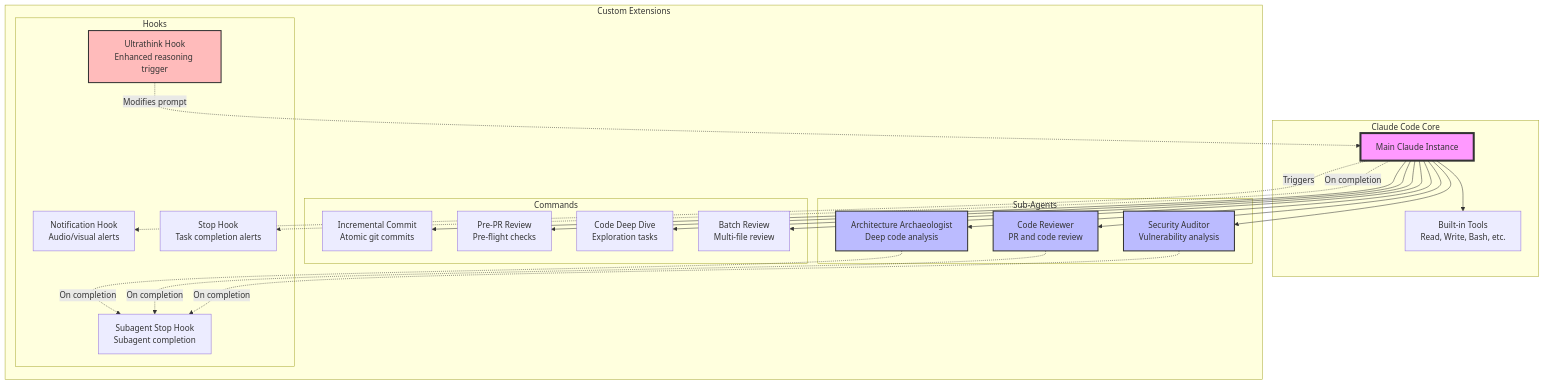
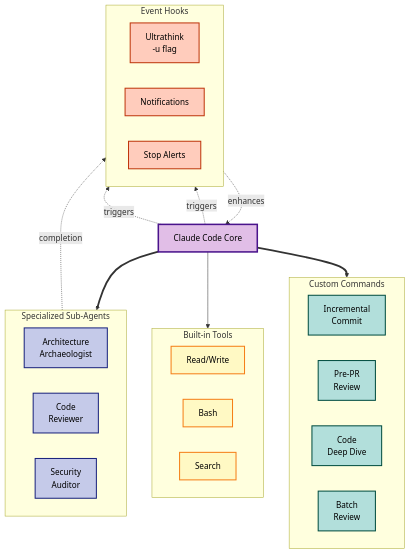
Before and after one commit to Roasbeef/claude-files: the diagram in README.md, drawn with Mermaid.

Commit message:
README: improve main diagram
Reorganized architecture diagram for better readability with cleaner layout and reduced line crossings.

````diff
--- a/README.md
+++ b/README.md
@@ -13,49 +13,62 @@
 ```mermaid
 graph TB
-    subgraph "Claude Code Core"
-        Main[Main Claude Instance]
-        Tools[Built-in Tools<br/>Read, Write, Bash, etc.]
+    %% Core System
+    Main[Claude Code Core]
+    
+    %% Built-in Tools
+    subgraph Tools["Built-in Tools"]
+        direction LR
+        T1[Read/Write]
+        T2[Bash]
+        T3[Search]
     end
     
-    subgraph "Custom Extensions"
-        subgraph "Sub-Agents"
-            AA[Architecture Archaeologist<br/>Deep code analysis]
-            CR[Code Reviewer<br/>PR and code review]
-            SA[Security Auditor<br/>Vulnerability analysis]
-        end
-        
-        subgraph "Commands"
-            IC[Incremental Commit<br/>Atomic git commits]
-            PR[Pre-PR Review<br/>Pre-flight checks]
-            CD[Code Deep Dive<br/>Exploration tasks]
-            BR[Batch Review<br/>Multi-file review]
-        end
-        
-        subgraph "Hooks"
-            UT[Ultrathink Hook<br/>Enhanced reasoning trigger]
-            NH[Notification Hook<br/>Audio/visual alerts]
-            SH[Stop Hook<br/>Task completion alerts]
-            SSH[Subagent Stop Hook<br/>Subagent completion]
-        end
+    %% Sub-Agents Layer
+    subgraph Agents["Specialized Sub-Agents"]
+        direction LR
+        AA[Architecture<br/>Archaeologist]
+        CR[Code<br/>Reviewer]
+        SA[Security<br/>Auditor]
     end
     
+    %% Commands Layer
+    subgraph Commands["Custom Commands"]
+        direction LR
+        IC[Incremental<br/>Commit]
+        PR[Pre-PR<br/>Review]
+        CD[Code<br/>Deep Dive]
+        BR[Batch<br/>Review]
+    end
+    
+    %% Hooks System
+    subgraph Hooks["Event Hooks"]
+        direction LR
+        UT[Ultrathink<br/>-u flag]
+        NH[Notifications]
+        SH[Stop Alerts]
+    end
+    
+    %% Connections - organized to minimize crossings
     Main --> Tools
-    Main --> AA
-    Main --> CR
-    Main --> SA
-    Main --> IC
-    Main --> PR
-    Main --> CD
-    Main --> BR
+    Main ==> Agents
+    Main ==> Commands
     
-    UT -.->|Modifies prompt| Main
-    Main -.->|Triggers| NH
-    Main -.->|On completion| SH
-    AA & CR & SA -.->|On completion| SSH
+    %% Hook interactions
+    UT -.->|enhances| Main
+    Main -.->|triggers| NH
+    Main -.->|triggers| SH
+    Agents -.->|completion| SH
     
-    style Main fill:#f9f,stroke:#333,stroke-width:4px
-    style AA fill:#bbf,stroke:#333,stroke-width:2px
-    style CR fill:#bbf,stroke:#333,stroke-width:2px
-    style SA fill:#bbf,stroke:#333,stroke-width:2px
-    style UT fill:#fbb,stroke:#333,stroke-width:2px
+    %% Styling
+    classDef core fill:#e1bee7,stroke:#4a148c,stroke-width:3px,color:#000
+    classDef agents fill:#c5cae9,stroke:#1a237e,stroke-width:2px,color:#000
+    classDef commands fill:#b2dfdb,stroke:#004d40,stroke-width:2px,color:#000
+    classDef hooks fill:#ffccbc,stroke:#bf360c,stroke-width:2px,color:#000
+    classDef tools fill:#fff9c4,stroke:#f57f17,stroke-width:2px,color:#000
+    
+    class Main core
+    class AA,CR,SA agents
+    class IC,PR,CD,BR commands
+    class UT,NH,SH hooks
+    class T1,T2,T3 tools
 ```
````
